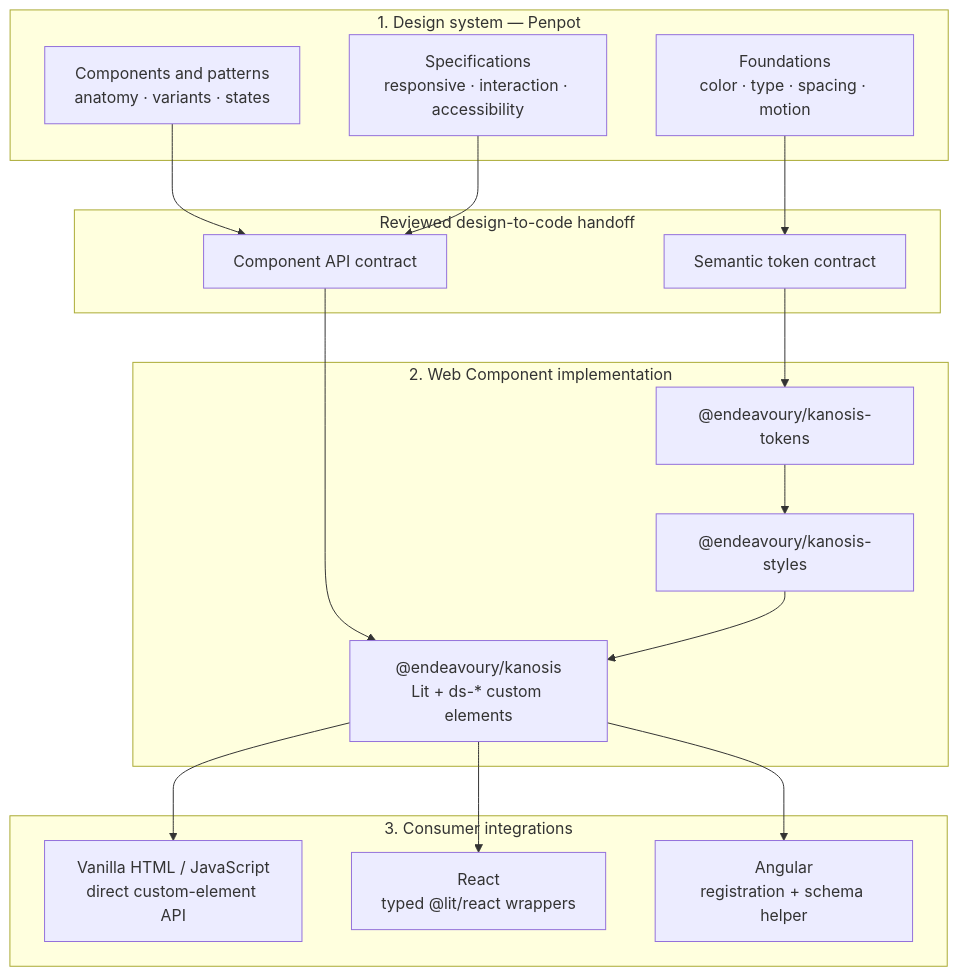
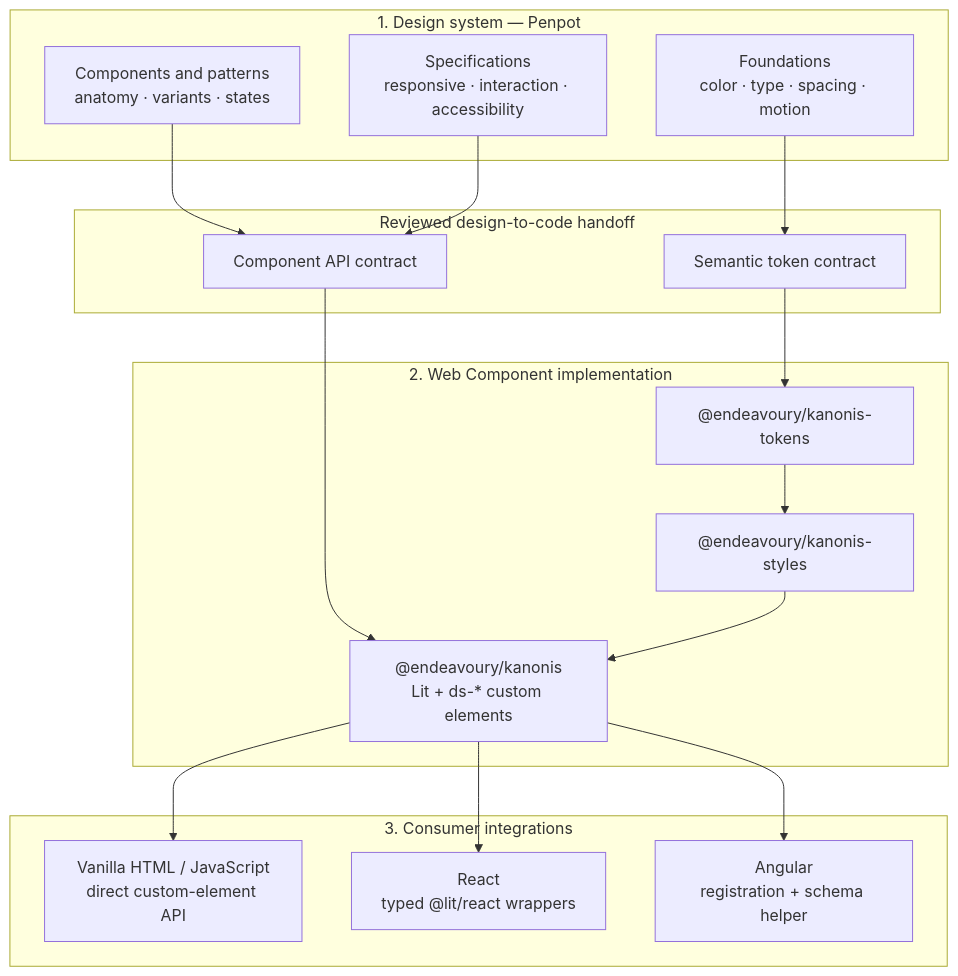
One commit to Endeavoury/Kanonis changed the first of 3 diagrams in docs/architecture.md. Above: the diagram before and after it, drawn with Mermaid. The commit also changed other lines of this file and 72 other files, not shown here.

````diff
--- a/docs/architecture.md
+++ b/docs/architecture.md
@@ -17,35 +17,35 @@
 ```mermaid
 flowchart TB
   subgraph L1["1. Design system — Penpot"]
     foundations["Foundations\ncolor · type · spacing · motion"]
     penpotComponents["Components and patterns\nanatomy · variants · states"]
     specifications["Specifications\nresponsive · interaction · accessibility"]
   end
 
   subgraph H["Reviewed design-to-code handoff"]
     tokenContract["Semantic token contract"]
     componentContract["Component API contract"]
   end
 
   subgraph L2["2. Web Component implementation"]
-    tokens["@endeavoury/kanosis-tokens"]
-    styles["@endeavoury/kanosis-styles"]
-    elements["@endeavoury/kanosis\nLit + ds-* custom elements"]
+    tokens["@endeavoury/kanonis-tokens"]
+    styles["@endeavoury/kanonis-styles"]
+    elements["@endeavoury/kanonis\nLit + ds-* custom elements"]
   end
 
   subgraph L3["3. Consumer integrations"]
     vanilla["Vanilla HTML / JavaScript\ndirect custom-element API"]
     react["React\ntyped @lit/react wrappers"]
     angular["Angular\nregistration + schema helper"]
   end
 
   foundations --> tokenContract
   penpotComponents --> componentContract
   specifications --> componentContract
   tokenContract --> tokens
   componentContract --> elements
   tokens --> styles --> elements
   elements --> vanilla
   elements --> react
   elements --> angular
 ```
````
